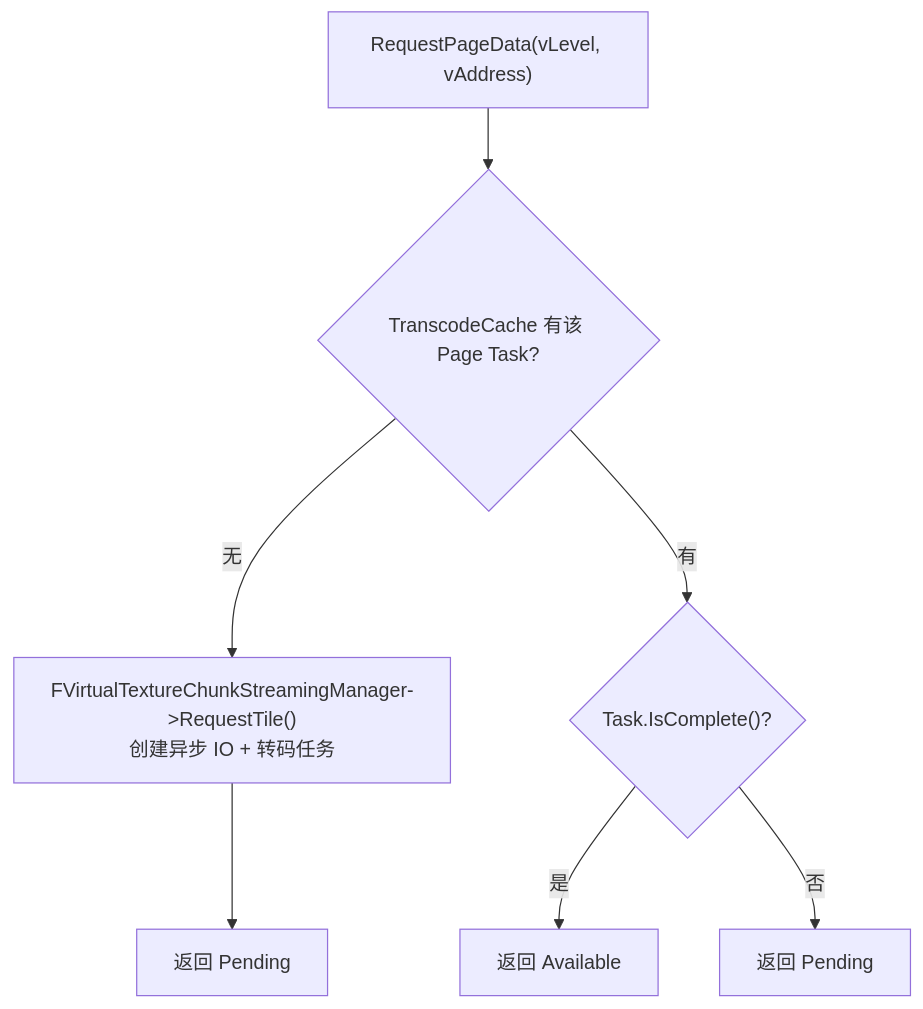
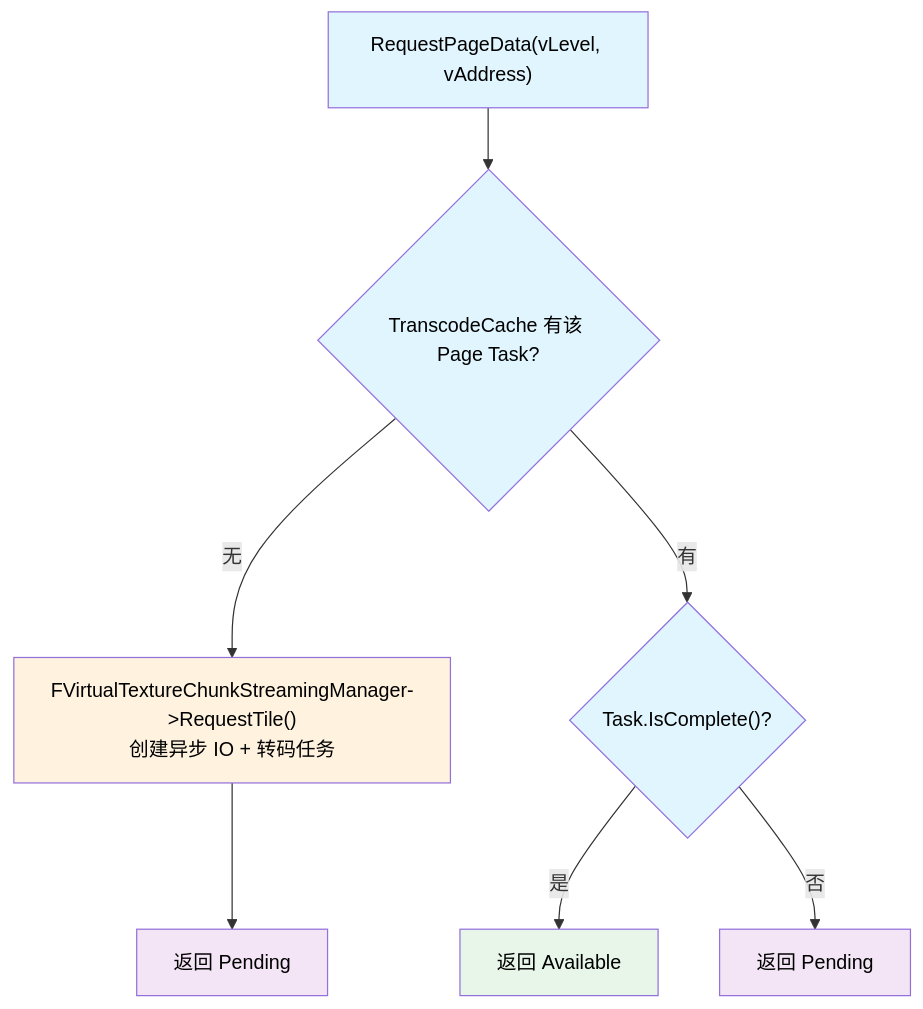
The seventh of 21 diagrams in content/posts/UE5_Virtual_Texture_与_Runtime_Virtual_Texture_源码级全流程解析.md (mr0ptimist/mroptimist.github.io), drawn with Mermaid before and after one commit. The commit also changed other lines of this file and 2 other files, not shown here.

First line of the commit message:
Mermaid 图表 Dark Reader 兼容：所有 flowchart 加 classDef 配色 + 文字强制黑色

````diff
--- a/content/posts/UE5_Virtual_Texture_与_Runtime_Virtual_Texture_源码级全流程解析.md
+++ b/content/posts/UE5_Virtual_Texture_与_Runtime_Virtual_Texture_源码级全流程解析.md
@@ -384,10 +425,20 @@
 ```mermaid
 flowchart TD
     A["RequestPageData(vLevel, vAddress)"] --> B{"TranscodeCache 有该 Page Task?"}
     B -->|无| C["FVirtualTextureChunkStreamingManager->RequestTile()
 创建异步 IO + 转码任务"]
     C --> D["返回 Pending"]
     B -->|有| E{"Task.IsComplete()?"}
     E -->|是| F["返回 Available"]
     E -->|否| G["返回 Pending"]
+
+    classDef proc fill:#e1f5fe,color:#000
+    classDef dec fill:#fff9c4,color:#000
+    classDef data fill:#fff3e0,color:#000
+    classDef ok fill:#e8f5e9,color:#000
+    classDef out fill:#f3e5f5,color:#000
+    class A,B,E proc
+    class C data
+    class D,G out
+    class F ok
 ```
````
